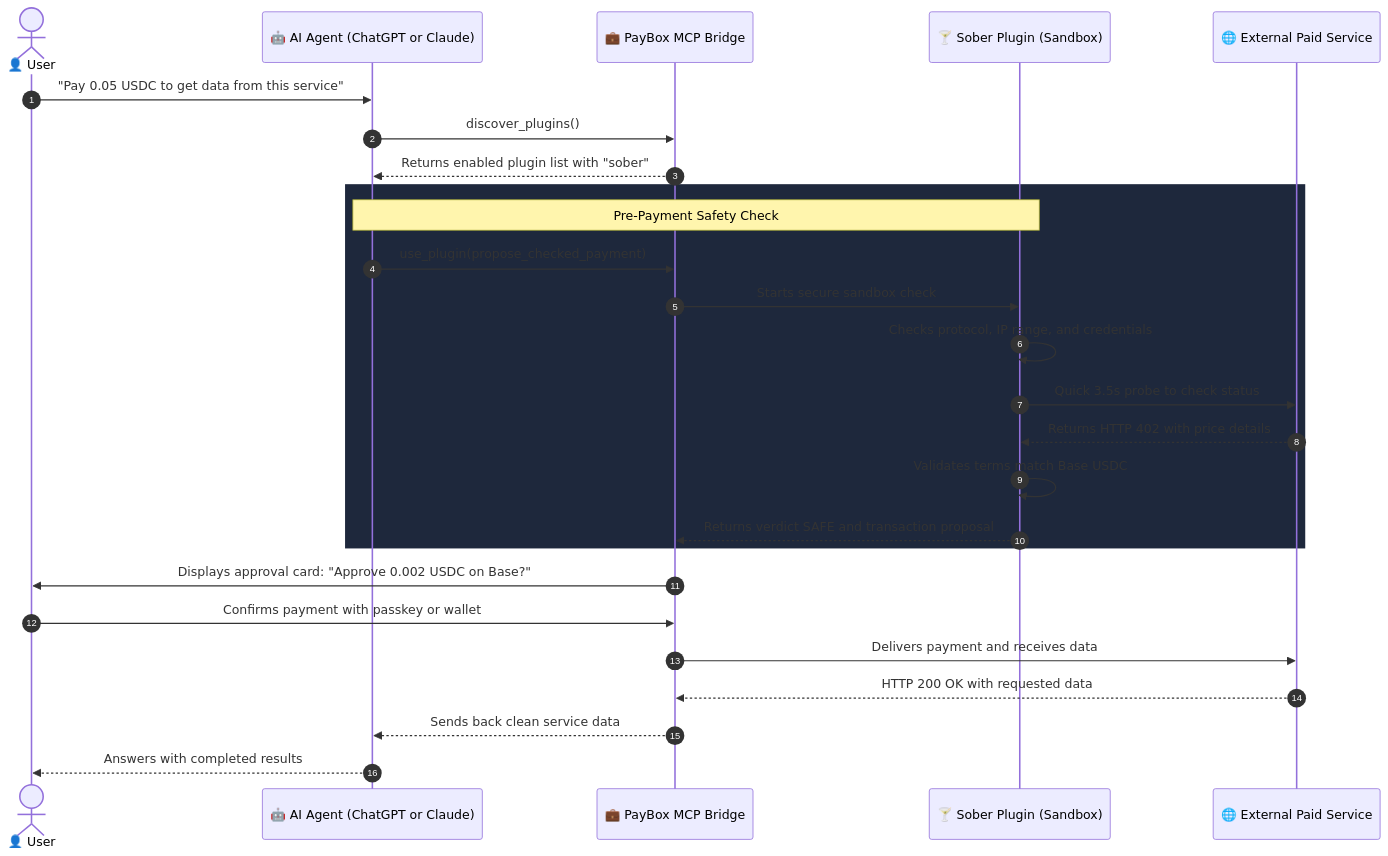
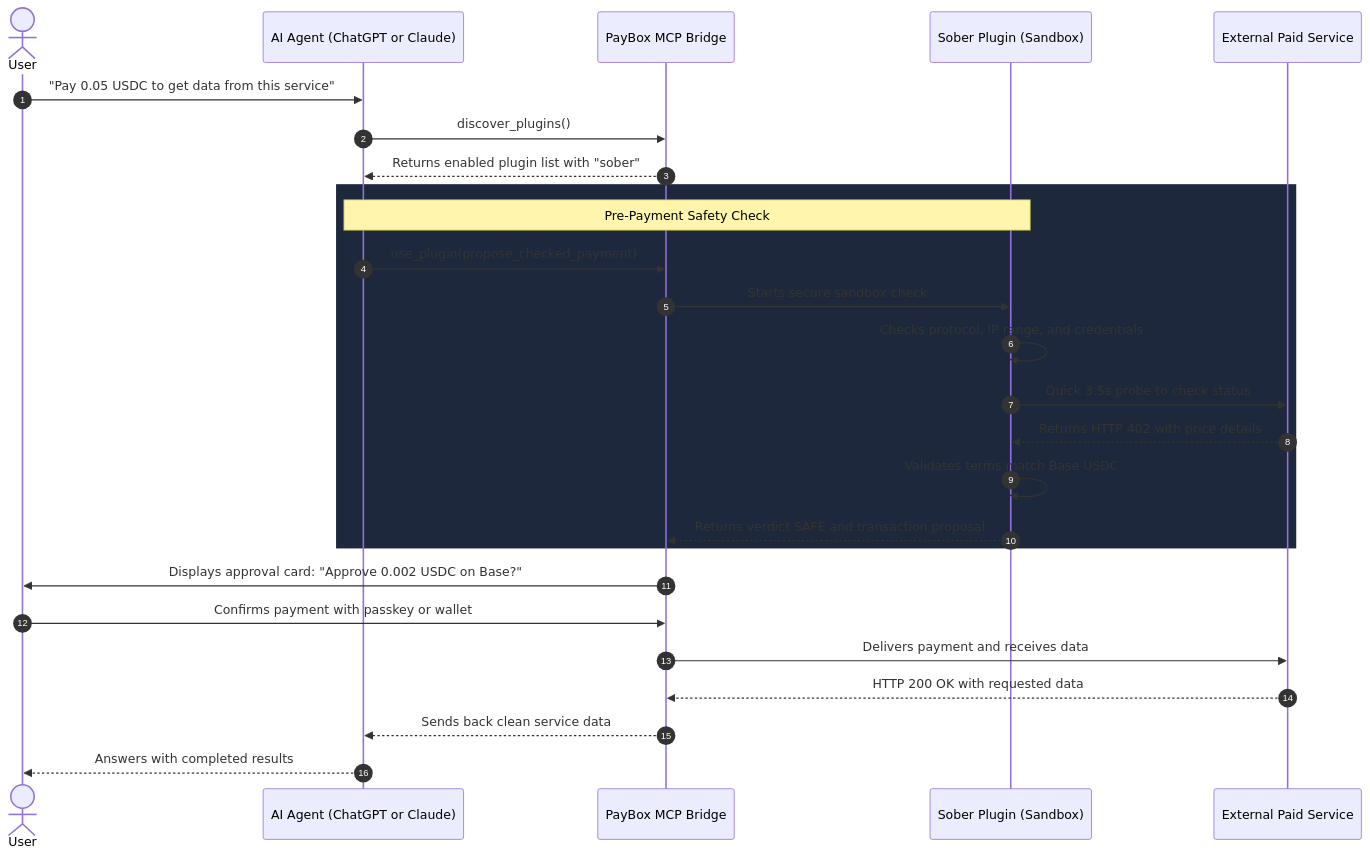
The second of 2 diagrams in README.md (Habuskid/sober), drawn with Mermaid before and after one commit. The commit also changed other lines of this file, not shown here.

````diff
--- a/README.md
+++ b/README.md
@@ -85,31 +85,31 @@
 ```mermaid
 sequenceDiagram
     autonumber
-    actor User as 👤 User
-    participant Agent as 🤖 AI Agent (ChatGPT or Claude)
-    participant PayBox as 💼 PayBox MCP Bridge
-    participant Sober as 🍸 Sober Plugin (Sandbox)
-    participant Service as 🌐 External Paid Service
+    actor User as User
+    participant Agent as AI Agent (ChatGPT or Claude)
+    participant PayBox as PayBox MCP Bridge
+    participant Sober as Sober Plugin (Sandbox)
+    participant Service as External Paid Service
     
     User->>Agent: "Pay 0.05 USDC to get data from this service"
     Agent->>PayBox: discover_plugins()
     PayBox-->>Agent: Returns enabled plugin list with "sober"
     
     rect rgb(30, 40, 60)
     Note over Agent,Sober: Pre-Payment Safety Check
     Agent->>PayBox: use_plugin(propose_checked_payment)
     PayBox->>Sober: Starts secure sandbox check
     Sober->>Sober: Checks protocol, IP range, and credentials
     Sober->>Service: Quick 3.5s probe to check status
     Service-->>Sober: Returns HTTP 402 with price details
     Sober->>Sober: Validates terms match Base USDC
     Sober-->>PayBox: Returns verdict SAFE and transaction proposal
     end
     
     PayBox->>User: Displays approval card: "Approve 0.002 USDC on Base?"
     User->>PayBox: Confirms payment with passkey or wallet
     PayBox->>Service: Delivers payment and receives data
     Service-->>PayBox: HTTP 200 OK with requested data
     PayBox-->>Agent: Sends back clean service data
     Agent-->>User: Answers with completed results
 ```
````
